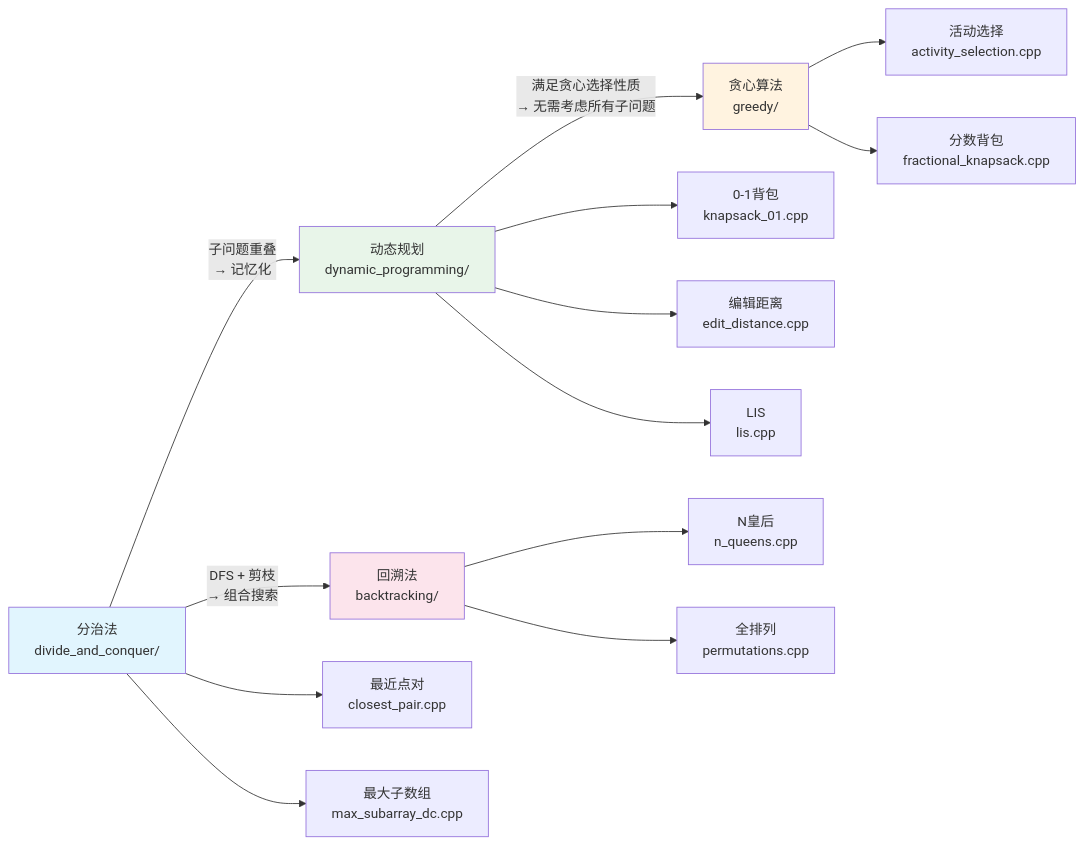
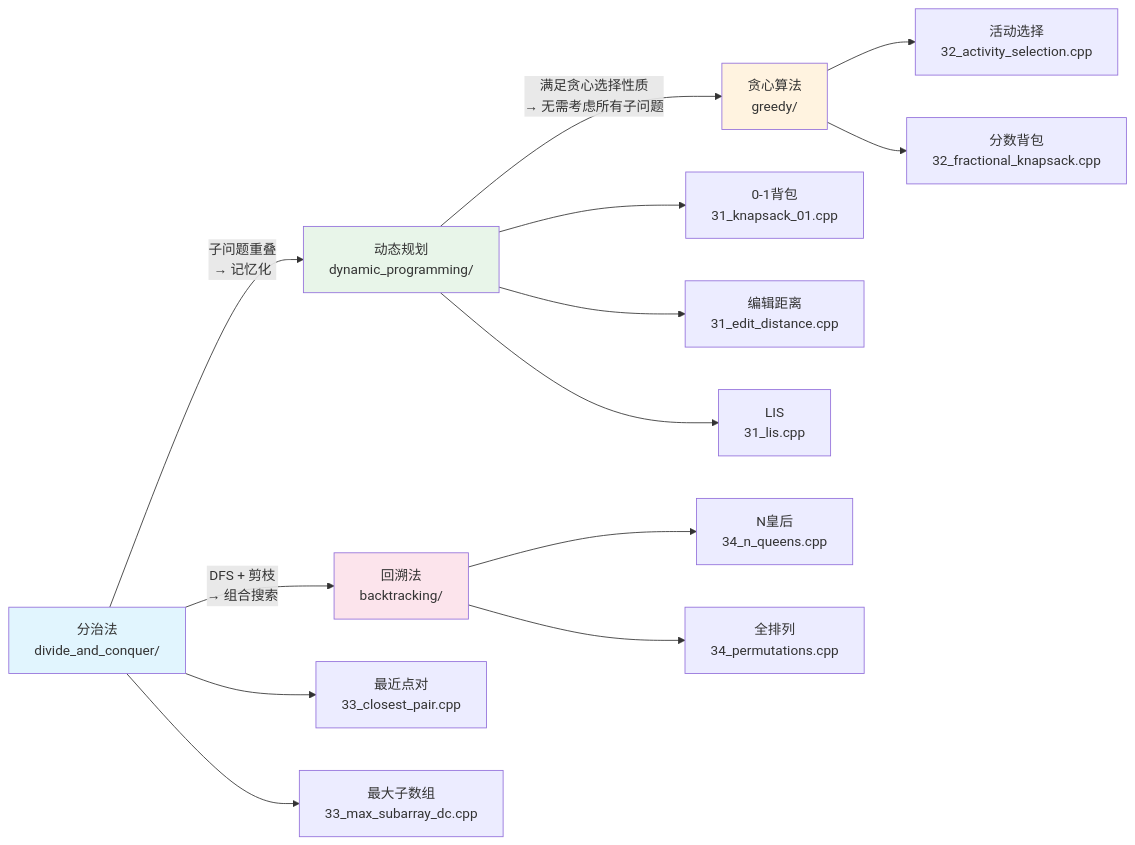
Before and after one commit to Wunseol/data-structures-and-algorithms: diagram 24 of 31 in docs/learning/03-算法详解.md, drawn with Mermaid. The commit also changed other lines of this file and 15 other files, not shown here.

````diff
--- a/docs/learning/03-算法详解.md
+++ b/docs/learning/03-算法详解.md
@@ -4123,24 +4123,24 @@
 ```mermaid
 graph LR
     DC["分治法<br/>divide_and_conquer/"] -->|"子问题重叠<br/>→ 记忆化"| DP["动态规划<br/>dynamic_programming/"]
     DP -->|"满足贪心选择性质<br/>→ 无需考虑所有子问题"| Greedy["贪心算法<br/>greedy/"]
     DC -->|"DFS + 剪枝<br/>→ 组合搜索"| Backtrack["回溯法<br/>backtracking/"]
 
-    DC --> DC1["最近点对<br/>closest_pair.cpp"]
-    DC --> DC2["最大子数组<br/>max_subarray_dc.cpp"]
+    DC --> DC1["最近点对<br/>33_closest_pair.cpp"]
+    DC --> DC2["最大子数组<br/>33_max_subarray_dc.cpp"]
 
-    DP --> DP1["0-1背包<br/>knapsack_01.cpp"]
-    DP --> DP2["编辑距离<br/>edit_distance.cpp"]
-    DP --> DP3["LIS<br/>lis.cpp"]
+    DP --> DP1["0-1背包<br/>31_knapsack_01.cpp"]
+    DP --> DP2["编辑距离<br/>31_edit_distance.cpp"]
+    DP --> DP3["LIS<br/>31_lis.cpp"]
 
-    Greedy --> G1["活动选择<br/>activity_selection.cpp"]
-    Greedy --> G2["分数背包<br/>fractional_knapsack.cpp"]
+    Greedy --> G1["活动选择<br/>32_activity_selection.cpp"]
+    Greedy --> G2["分数背包<br/>32_fractional_knapsack.cpp"]
 
-    Backtrack --> B1["N皇后<br/>n_queens.cpp"]
-    Backtrack --> B2["全排列<br/>permutations.cpp"]
+    Backtrack --> B1["N皇后<br/>34_n_queens.cpp"]
+    Backtrack --> B2["全排列<br/>34_permutations.cpp"]
 
     style DC fill:#e1f5fe
     style DP fill:#e8f5e9
     style Greedy fill:#fff3e0
     style Backtrack fill:#fce4ec
 ```
````
